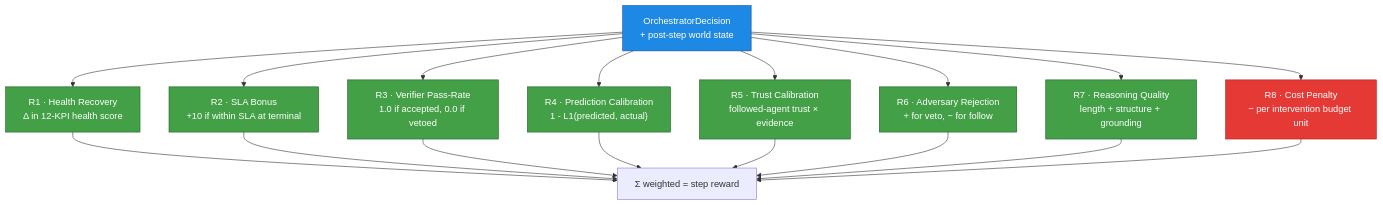
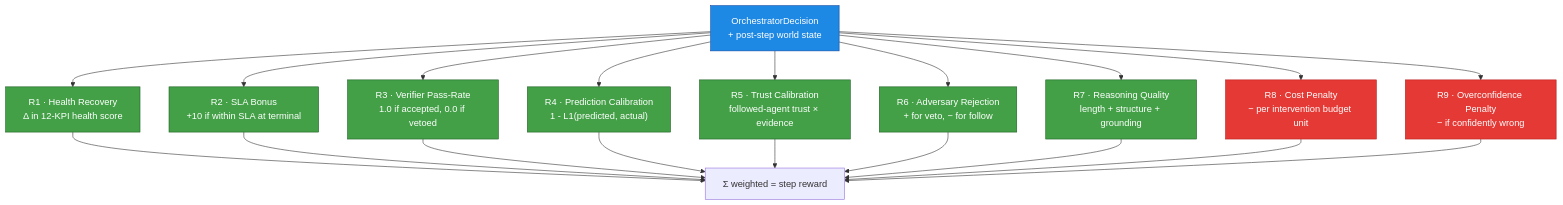
Before and after one commit to COolAlien35/AIC: the third of 6 diagrams in README.md, drawn with Mermaid. The commit also changed other lines of this file, not shown here.

First line of the commit message:
docs: explain reward logic and anti-hacking defenses

````diff
--- a/README.md
+++ b/README.md
@@ -212,20 +233,21 @@
 ```mermaid
 flowchart TB
   classDef pos fill:#43A047,stroke:#1B5E20,color:#fff
   classDef neg fill:#E53935,stroke:#B71C1C,color:#fff
   classDef neutral fill:#1E88E5,stroke:#0D47A1,color:#fff
 
   D["OrchestratorDecision<br/>+ post-step world state"]:::neutral
 
   R1["R1 · Health Recovery<br/>Δ in 12-KPI health score"]:::pos
   R2["R2 · SLA Bonus<br/>+10 if within SLA at terminal"]:::pos
   R3["R3 · Verifier Pass-Rate<br/>1.0 if accepted, 0.0 if vetoed"]:::pos
   R4["R4 · Prediction Calibration<br/>1 - L1(predicted, actual)"]:::pos
   R5["R5 · Trust Calibration<br/>followed-agent trust × evidence"]:::pos
   R6["R6 · Adversary Rejection<br/>+ for veto, − for follow"]:::pos
   R7["R7 · Reasoning Quality<br/>length + structure + grounding"]:::pos
   R8["R8 · Cost Penalty<br/>− per intervention budget unit"]:::neg
+  R9["R9 · Overconfidence Penalty<br/>− if confidently wrong"]:::neg
 
-  D --> R1 & R2 & R3 & R4 & R5 & R6 & R7 & R8
-  R1 & R2 & R3 & R4 & R5 & R6 & R7 & R8 --> SUM["Σ weighted = step reward"]
+  D --> R1 & R2 & R3 & R4 & R5 & R6 & R7 & R8 & R9
+  R1 & R2 & R3 & R4 & R5 & R6 & R7 & R8 & R9 --> SUM["Σ weighted = step reward"]
 ```
````
